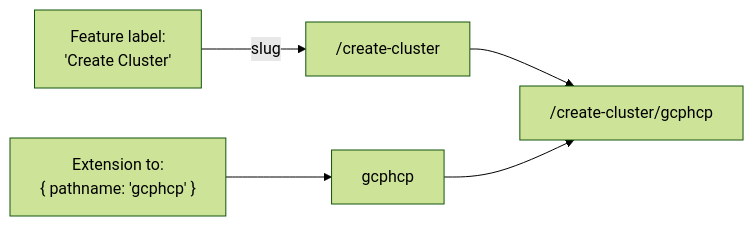
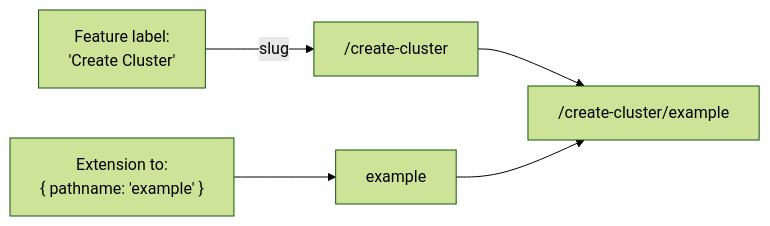
The third of 3 diagrams in docs/ui/feature-contracts.md (fleetshift/fleetshift-poc), drawn with Mermaid (forest theme) before and after one commit. The commit also changed other lines of this file and 299 other files, not shown here.

````diff
--- a/docs/ui/feature-contracts.md
+++ b/docs/ui/feature-contracts.md
@@ -178,7 +180,7 @@
 ```mermaid
 flowchart LR
     LABEL["Feature label:<br/>'Create Cluster'"] -->|slug| BASE["/create-cluster"]
-    TO["Extension to:<br/>{ pathname: 'gcphcp' }"] --> REL["gcphcp"]
-    BASE --> FULL["/create-cluster/gcphcp"]
+    TO["Extension to:<br/>{ pathname: 'example' }"] --> REL["example"]
+    BASE --> FULL["/create-cluster/example"]
     REL --> FULL
 ```
````
